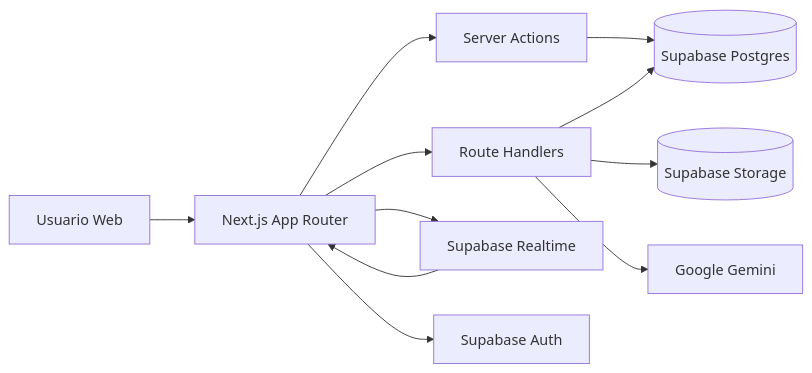
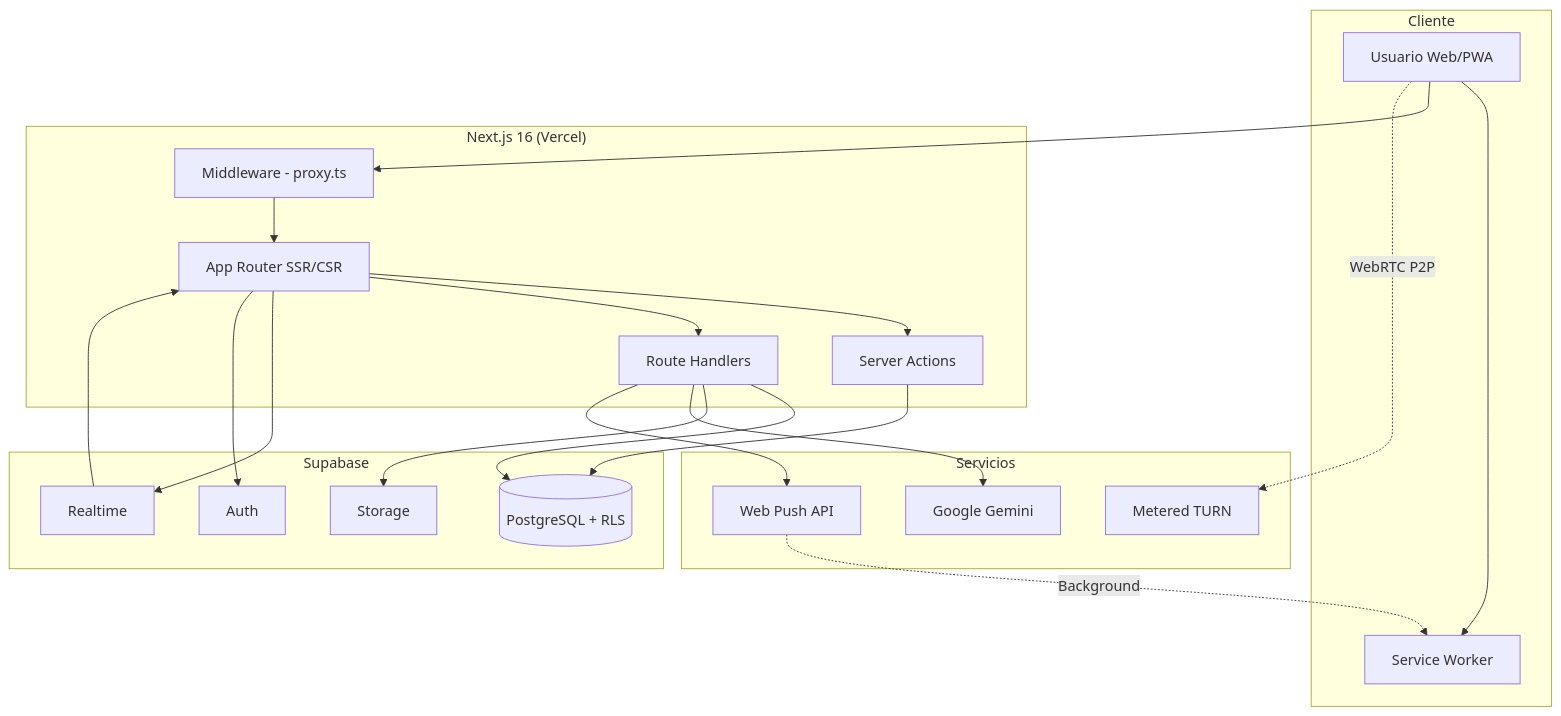
Before and after one commit to MrBinary15/AphelliumPlatform-Portfolio: the first of 2 diagrams in README.md, drawn with Mermaid. The commit also changed other lines of this file and 197 other files, not shown here.

````diff
--- a/README.md
+++ b/README.md
@@ -181,13 +227,40 @@
 ```mermaid
-flowchart LR
-    U[Usuario Web] --> N[Next.js App Router]
-    N --> SA[Server Actions]
-    N --> API[Route Handlers]
-    SA --> SDB[(Supabase Postgres)]
-    API --> SDB
-    API --> SST[(Supabase Storage)]
-    N --> SR[Supabase Realtime]
+flowchart TB
+    subgraph Cliente
+        U[Usuario Web/PWA]
+        SW[Service Worker]
+        U --> SW
+    end
+
+    subgraph "Next.js 16 (Vercel)"
+        N[App Router SSR/CSR]
+        SA[Server Actions]
+        API[Route Handlers]
+        MW[Middleware - proxy.ts]
+    end
+
+    subgraph Supabase
+        SDB[(PostgreSQL + RLS)]
+        AUTH[Auth]
+        SST[Storage]
+        SR[Realtime]
+    end
+
+    subgraph Servicios
+        AI[Google Gemini]
+        TURN[Metered TURN]
+        PUSH[Web Push API]
+    end
+
+    U --> MW --> N
+    N --> SA --> SDB
+    N --> API --> SDB
+    API --> SST
+    API --> AI
+    API --> PUSH
+    N --> SR
     SR --> N
-    N --> AUTH[Supabase Auth]
-    API --> AI[Google Gemini]
+    N --> AUTH
+    U -.->|WebRTC P2P| TURN
+    PUSH -.->|Background| SW
 ```
````
